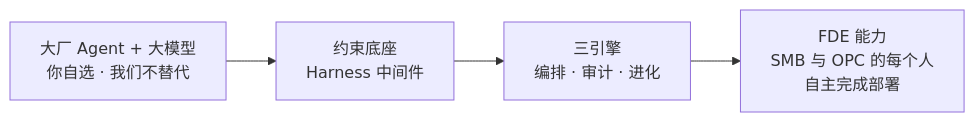
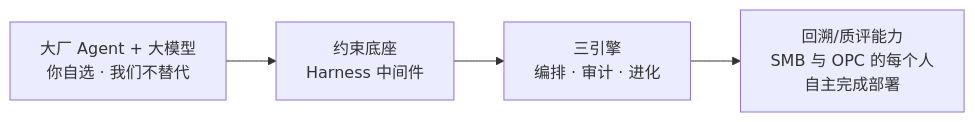
One commit to KongFangXun/sofagent changed the diagram in FDE/FDE.md. Above: the diagram before and after it, drawn with Mermaid. The commit also changed other lines of this file and 8 other files, not shown here.

````diff
--- a/FDE/FDE.md
+++ b/FDE/FDE.md
@@ -49,6 +49,6 @@
 ```mermaid
 graph LR
     A[大厂 Agent + 大模型<br/>你自选 · 我们不替代] --> B[约束底座<br/>Harness 中间件]
     B --> C[三引擎<br/>编排 · 审计 · 进化]
-    C --> D[FDE 能力<br/>SMB 与 OPC 的每个人<br/>自主完成部署]
+    C --> D[回溯/质评能力<br/>SMB 与 OPC 的每个人<br/>自主完成部署]
 ```
````
